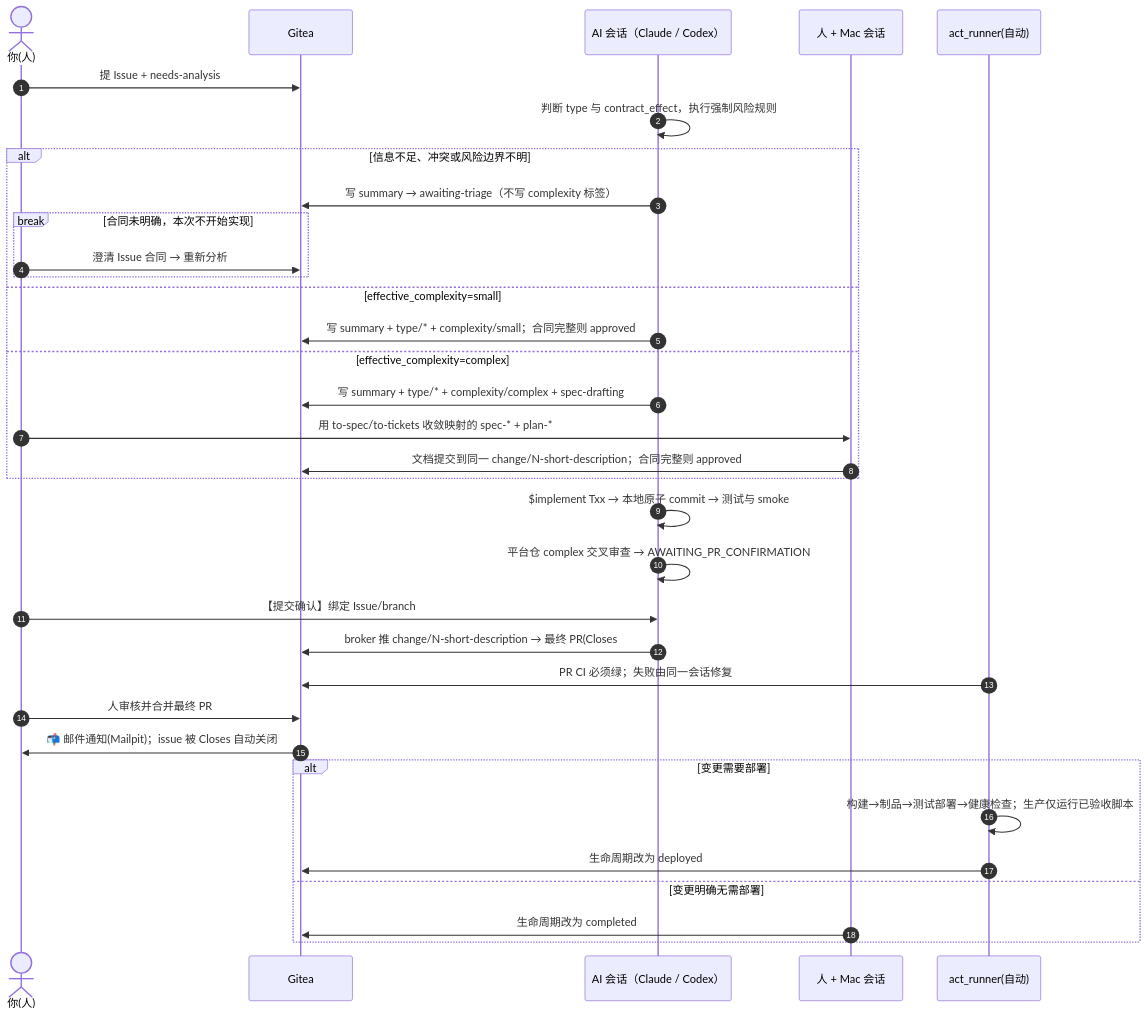
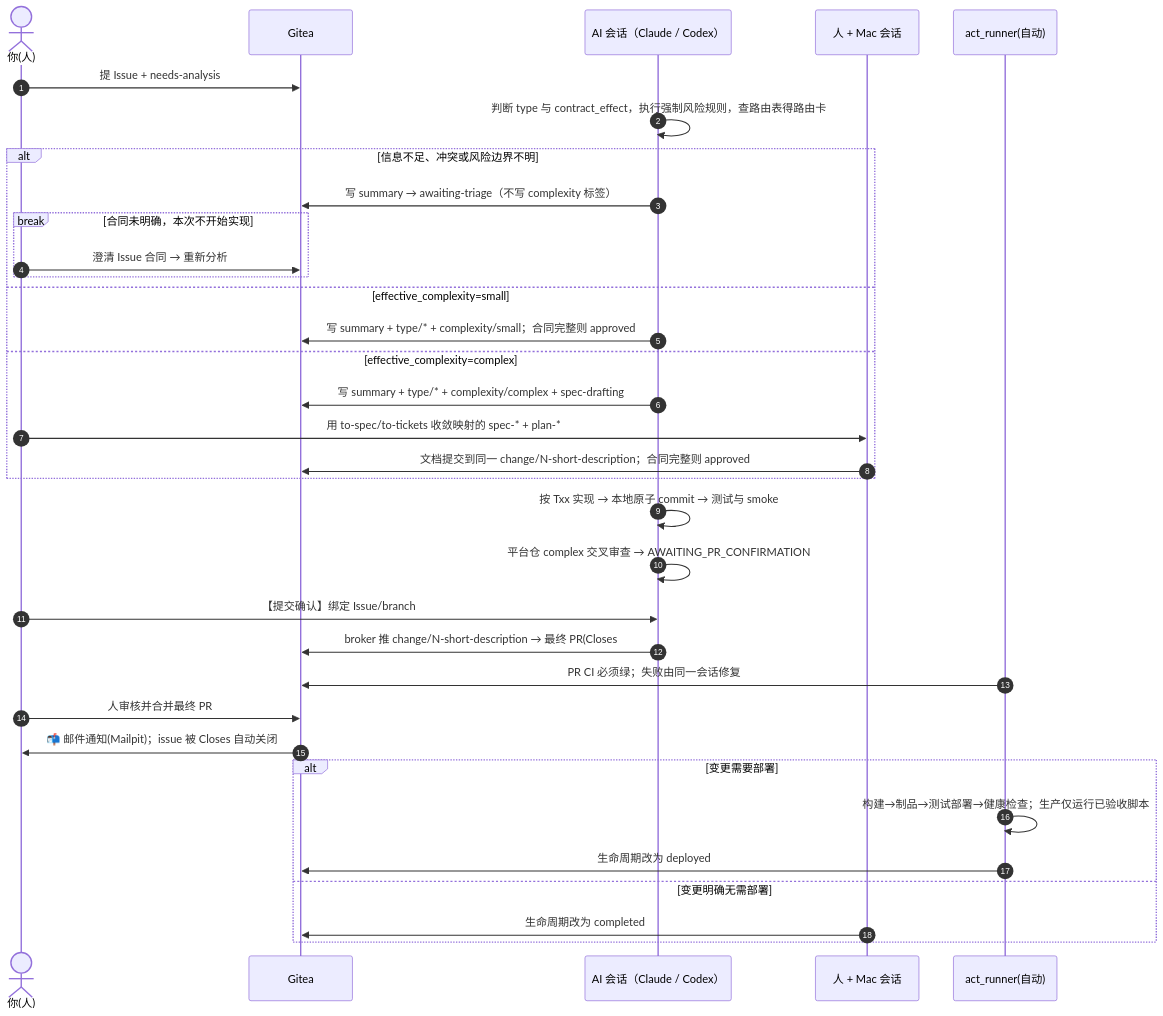
Before and after one commit to BenQue/AIGitea: the second of 2 diagrams in README.md, drawn with Mermaid. The commit also changed other lines of this file and 12 other files, not shown here.

````diff
--- a/README.md
+++ b/README.md
@@ -109,37 +94,37 @@
 ```mermaid
 sequenceDiagram
     autonumber
     actor U as 你(人)
     participant G as Gitea
     participant A as AI 会话（Claude / Codex）
     participant M as 人 + Mac 会话
     participant R as act_runner(自动)
 
     U->>G: 提 Issue + needs-analysis
-    A->>A: 判断 type 与 contract_effect，执行强制风险规则
+    A->>A: 判断 type 与 contract_effect，执行强制风险规则，查路由表得路由卡
     alt 信息不足、冲突或风险边界不明
         A->>G: 写 summary → awaiting-triage（不写 complexity 标签）
         break 合同未明确，本次不开始实现
             U->>G: 澄清 Issue 合同 → 重新分析
         end
     else effective_complexity=small
         A->>G: 写 summary + type/* + complexity/small；合同完整则 approved
     else effective_complexity=complex
         A->>G: 写 summary + type/* + complexity/complex + spec-drafting
         U->>M: 用 to-spec/to-tickets 收敛映射的 spec-* + plan-*
         M->>G: 文档提交到同一 change/N-short-description；合同完整则 approved
     end
-    A->>A: $implement Txx → 本地原子 commit → 测试与 smoke
+    A->>A: 按 Txx 实现 → 本地原子 commit → 测试与 smoke
     A->>A: 平台仓 complex 交叉审查 → AWAITING_PR_CONFIRMATION
     U->>A: 【提交确认】绑定 Issue/branch
     A->>G: broker 推 change/N-short-description → 最终 PR(Closes #N) → pr-open
     R->>G: PR CI 必须绿；失败由同一会话修复
     U->>G: 人审核并合并最终 PR
     G->>U: 📬 邮件通知(Mailpit)；issue 被 Closes 自动关闭
     alt 变更需要部署
         R->>R: 构建→制品→测试部署→健康检查；生产仅运行已验收脚本
         R->>G: 生命周期改为 deployed
     else 变更明确无需部署
         M->>G: 生命周期改为 completed
     end
 ```
````
